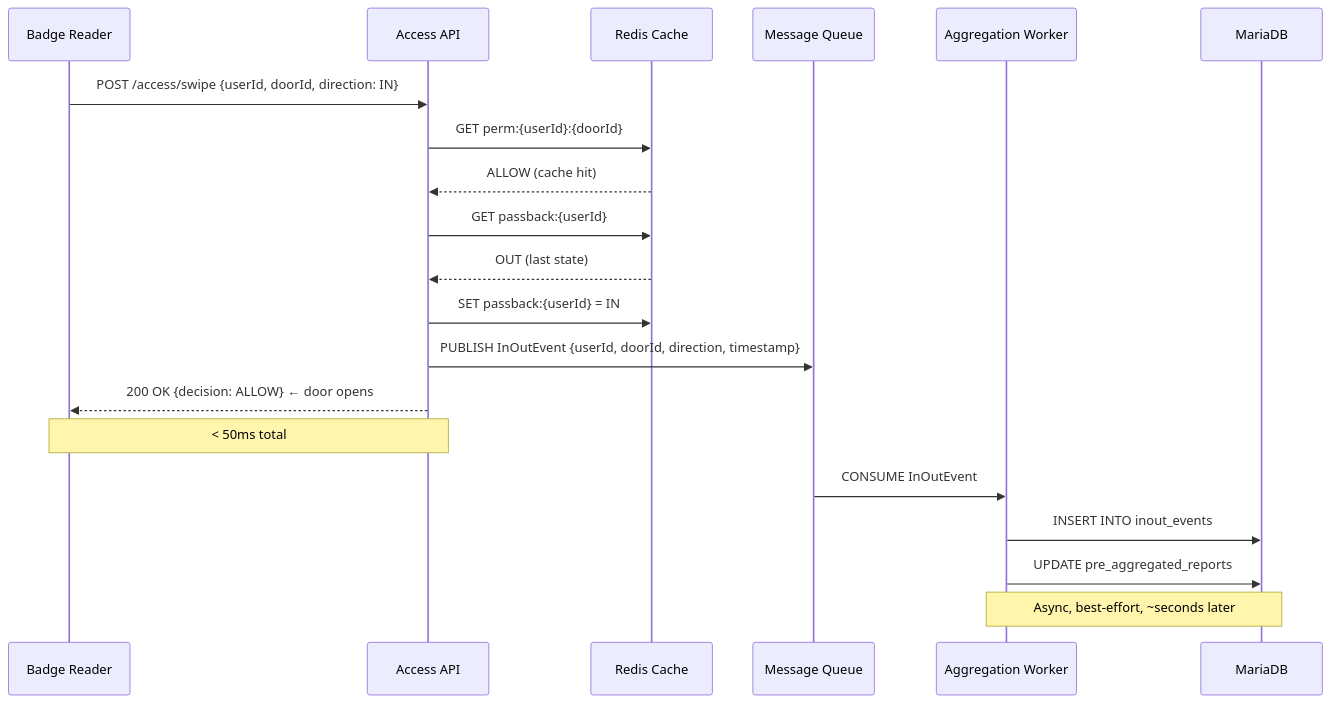
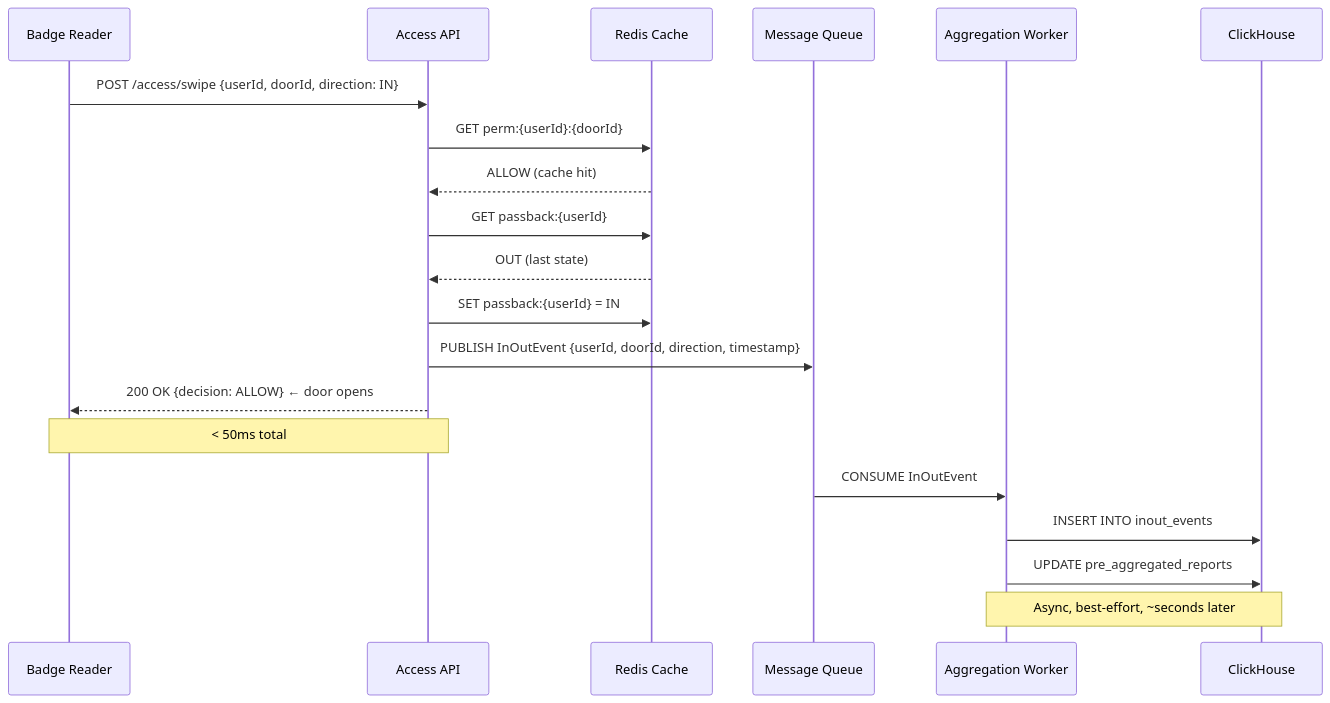
Before and after one commit to XintiWu/TSM-Access-Control-System: the eighth of 12 diagrams in manual.md, drawn with Mermaid. The commit also changed other lines of this file and 31 other files, not shown here.

First line of the commit message:
refactor: migrate all persistence to ClickHouse and remove MariaDB

````diff
--- a/manual.md
+++ b/manual.md
@@ -323,24 +323,24 @@
 ```mermaid
 sequenceDiagram
     participant B as Badge Reader
     participant A as Access API
     participant R as Redis Cache
     participant Q as Message Queue
     participant W as Aggregation Worker
-    participant D as MariaDB
+    participant D as ClickHouse
 
     B->>A: POST /access/swipe {userId, doorId, direction: IN}
     A->>R: GET perm:{userId}:{doorId}
     R-->>A: ALLOW (cache hit)
     A->>R: GET passback:{userId}
     R-->>A: OUT (last state)
     A->>R: SET passback:{userId} = IN
     A->>Q: PUBLISH InOutEvent {userId, doorId, direction, timestamp}
     A-->>B: 200 OK {decision: ALLOW} ← door opens
     Note over A,B: < 50ms total
 
     Q->>W: CONSUME InOutEvent
     W->>D: INSERT INTO inout_events
     W->>D: UPDATE pre_aggregated_reports
     Note over W,D: Async, best-effort, ~seconds later
 ```
````
